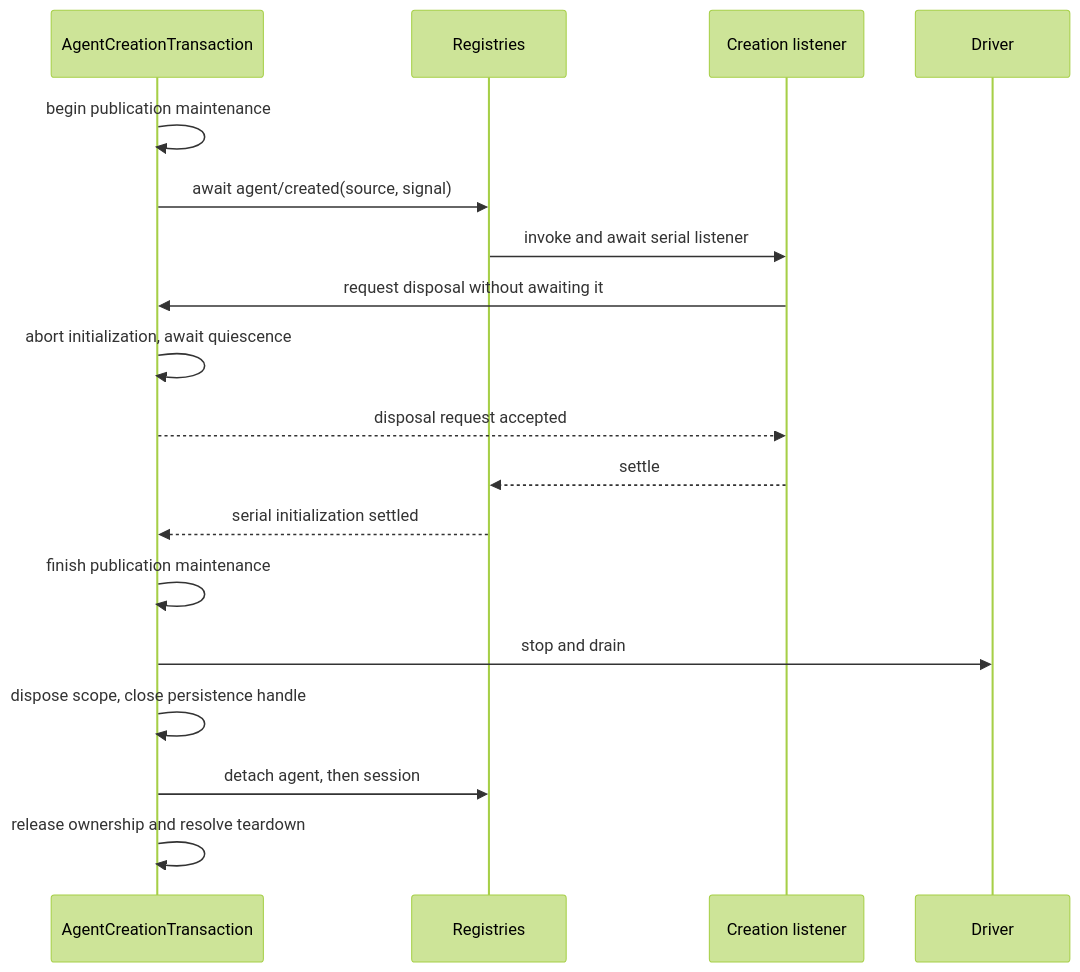
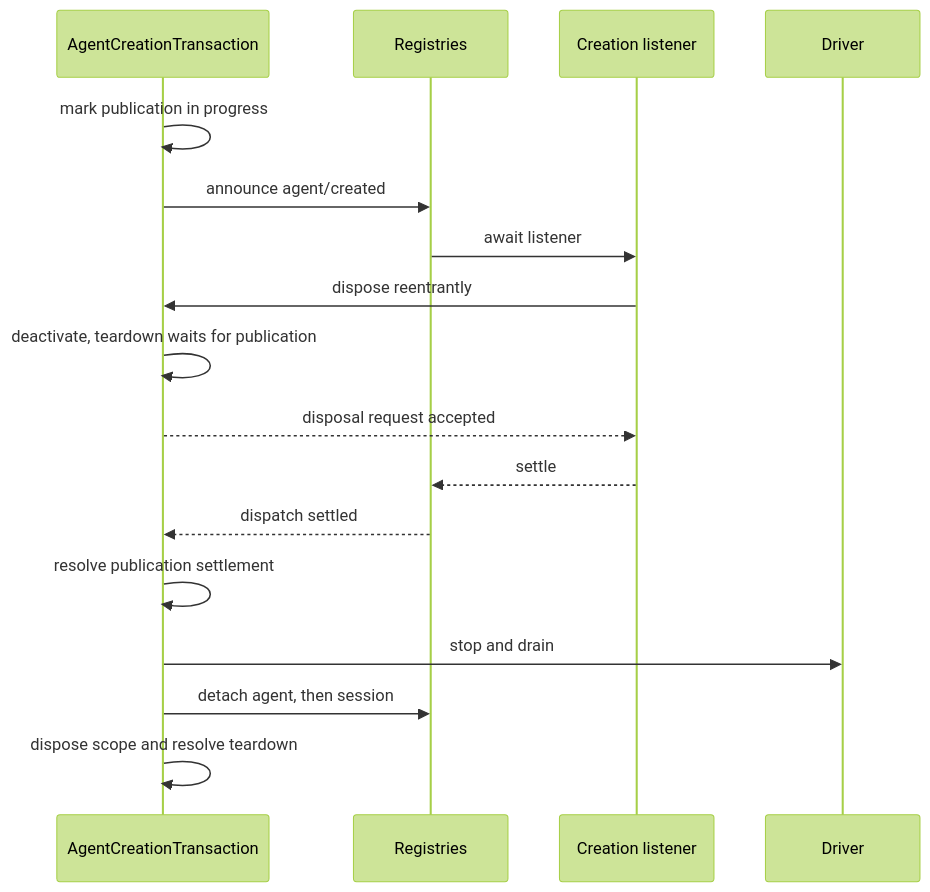
The diagram in .agents/notes/archived/architecture/2026-07-12-agent-scope-runtime-design.md (jsjm1986/CoHarness), drawn with Mermaid (forest theme) before and after one commit. The commit also changed other lines of this file and 4366 other files, not shown here.

````diff
--- a/.agents/notes/archived/architecture/2026-07-12-agent-scope-runtime-design.md
+++ b/.agents/notes/archived/architecture/2026-07-12-agent-scope-runtime-design.md
@@ -126,21 +130,20 @@
 ```mermaid
 sequenceDiagram
   participant Tx as AgentCreationTransaction
   participant Registries
   participant Listener as Creation listener
   participant Driver
 
-  Tx->>Tx: begin publication maintenance
-  Tx->>Registries: await agent/created(source, signal)
-  Registries->>Listener: invoke and await serial listener
-  Listener->>Tx: request disposal without awaiting it
-  Tx->>Tx: abort initialization, await quiescence
+  Tx->>Tx: mark publication in progress
+  Tx->>Registries: announce agent/created
+  Registries->>Listener: await listener
+  Listener->>Tx: dispose reentrantly
+  Tx->>Tx: deactivate, teardown waits for publication
   Tx-->>Listener: disposal request accepted
   Listener-->>Registries: settle
-  Registries-->>Tx: serial initialization settled
-  Tx->>Tx: finish publication maintenance
+  Registries-->>Tx: dispatch settled
+  Tx->>Tx: resolve publication settlement
   Tx->>Driver: stop and drain
-  Tx->>Tx: dispose scope, close persistence handle
   Tx->>Registries: detach agent, then session
-  Tx->>Tx: release ownership and resolve teardown
+  Tx->>Tx: dispose scope and resolve teardown
 ```
````
